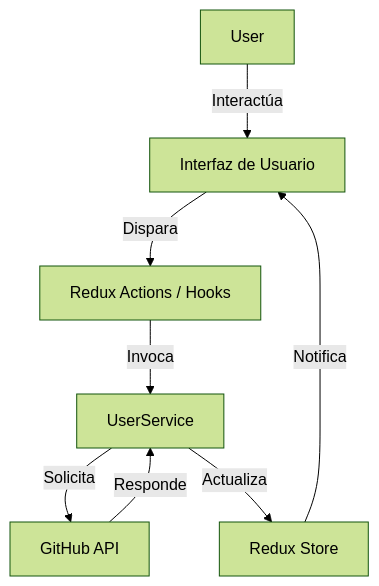
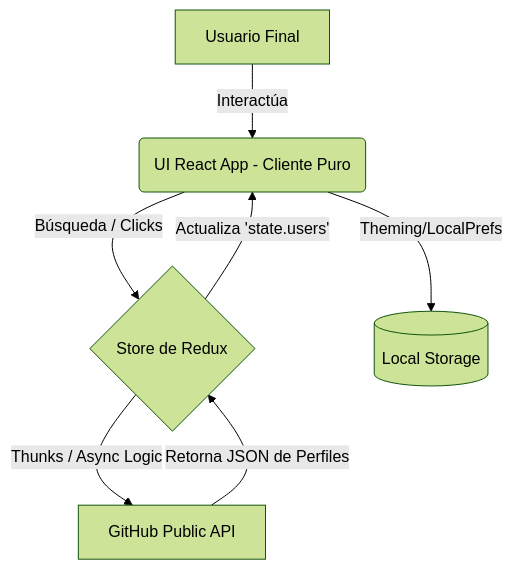
One commit to Slinkter/myprojectapi01 changed the diagram in src/docs/01-overview-del-sistema.md. Above: the diagram before and after it, drawn with Mermaid (forest theme). The commit also changed other lines of this file and 51 other files, not shown here.

Commit message:
feat(architecture): complete master prompt refactor, FSD adoption, Tailwind v4 UI, and documentation master class

````diff
--- a/src/docs/01-overview-del-sistema.md
+++ b/src/docs/01-overview-del-sistema.md
@@ -33,10 +27,9 @@
 ```mermaid
 graph TD
-    User -->|Interactúa| UI[Interfaz de Usuario]
-    UI -->|Dispara| Actions[Redux Actions / Hooks]
-    Actions -->|Invoca| Service[UserService]
-    Service -->|Solicita| API[GitHub API]
-    API -->|Responde| Service
-    Service -->|Actualiza| Store[Redux Store]
-    Store -->|Notifica| UI
+    A[Usuario Final] -->|Interactúa| B(UI React App - Cliente Puro)
+    B -->|Búsqueda / Clicks| C{Store de Redux}
+    C -->|Thunks / Async Logic| D[GitHub Public API]
+    D -->|Retorna JSON de Perfiles| C
+    C -->|Actualiza 'state.users'| B
+    B -->|Theming/LocalPrefs| E[(Local Storage)]
 ```
````
